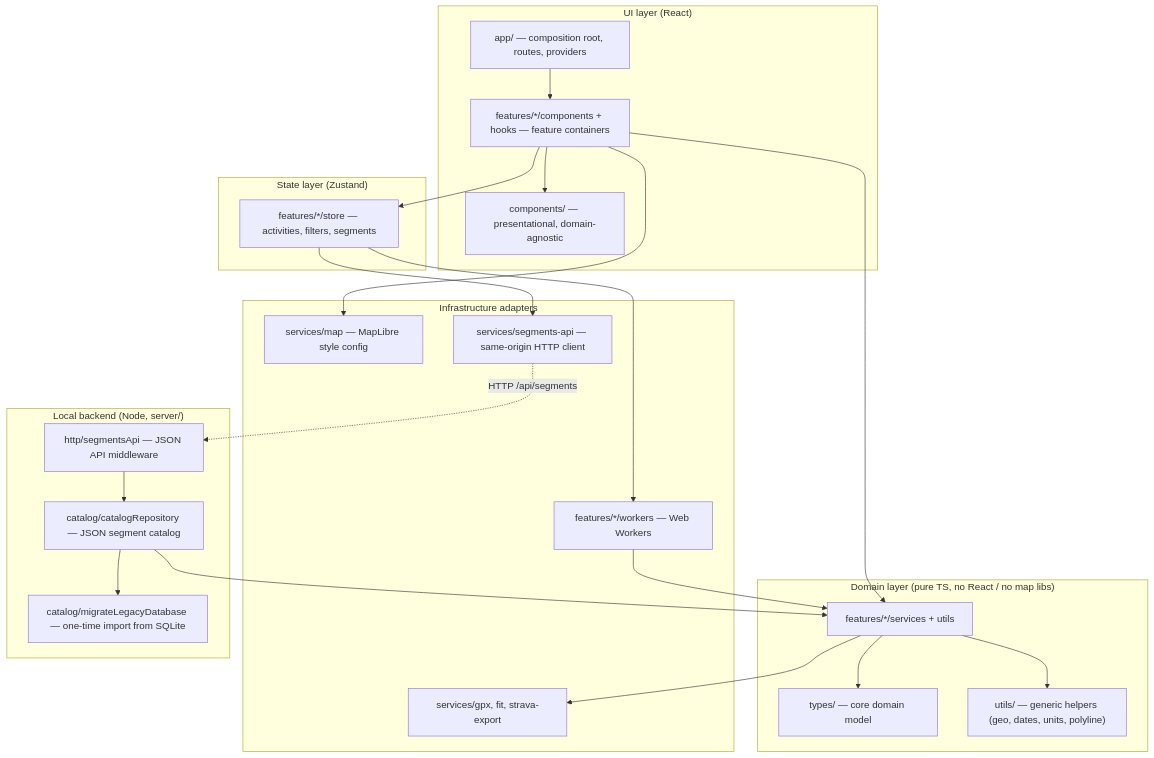
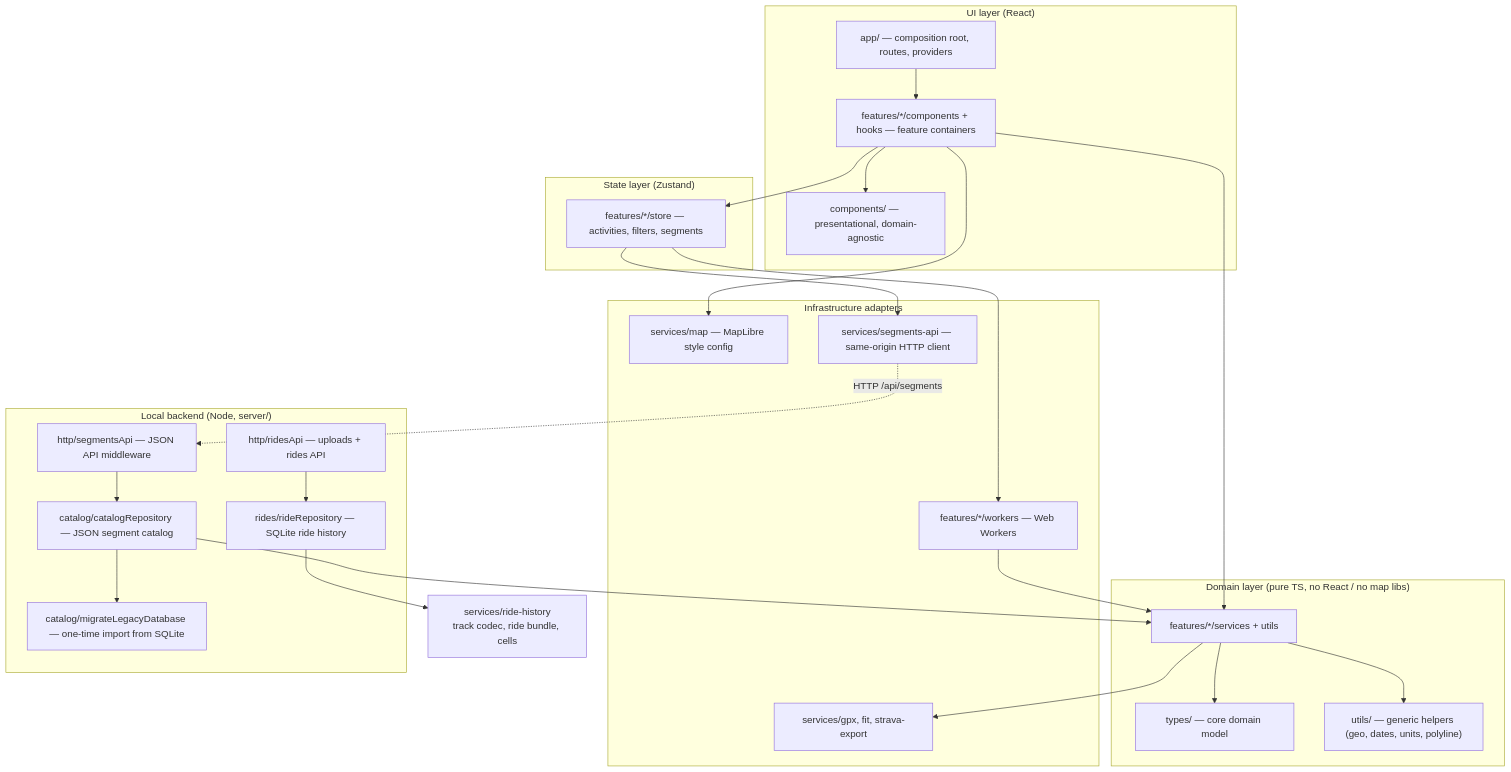
One commit to dilshandbg/pedal-paths changed the first of 3 diagrams in docs/architecture.md. Above: the diagram before and after it, drawn with Mermaid. The commit also changed other lines of this file and 6 other files, not shown here.

First line of the commit message:
docs: BRD v2.3 persistent ride history, ADR-0013 and v2.3 plan

````diff
--- a/docs/architecture.md
+++ b/docs/architecture.md
@@ -22,45 +26,48 @@
 ```mermaid
 flowchart TD
     subgraph UI["UI layer (React)"]
         APP["app/ — composition root, routes, providers"]
         CMP["components/ — presentational, domain-agnostic"]
         FCMP["features/*/components + hooks — feature containers"]
     end
 
     subgraph STATE["State layer (Zustand)"]
         STORES["features/*/store — activities, filters, segments"]
     end
 
     subgraph DOMAIN["Domain layer (pure TS, no React / no map libs)"]
         TYPES["types/ — core domain model"]
         FSVC["features/*/services + utils"]
         UTIL["utils/ — generic helpers (geo, dates, units, polyline)"]
     end
 
     subgraph INFRA["Infrastructure adapters"]
         GPX["services/gpx, fit, strava-export"]
         MAPS["services/map — MapLibre style config"]
         API["services/segments-api — same-origin HTTP client"]
         WRK["features/*/workers — Web Workers"]
     end
 
     subgraph SERVER["Local backend (Node, server/)"]
         HTTP["http/segmentsApi — JSON API middleware"]
         REPO["catalog/catalogRepository — JSON segment catalog"]
         DB["catalog/migrateLegacyDatabase — one-time import from SQLite"]
+        RHTTP["http/ridesApi — uploads + rides API"]
+        RREPO["rides/rideRepository — SQLite ride history"]
     end
 
     APP --> FCMP --> CMP
     FCMP --> STORES
     FCMP --> FSVC
     STORES --> API
     STORES --> WRK
     WRK --> FSVC
     FSVC --> TYPES
     FSVC --> UTIL
     FSVC --> GPX
     FCMP --> MAPS
     API -. "HTTP /api/segments" .-> HTTP
     HTTP --> REPO --> DB
     REPO --> FSVC
+    RHTTP --> RREPO --> RH["services/ride-history<br/>track codec, ride bundle, cells"]
 ```
````
